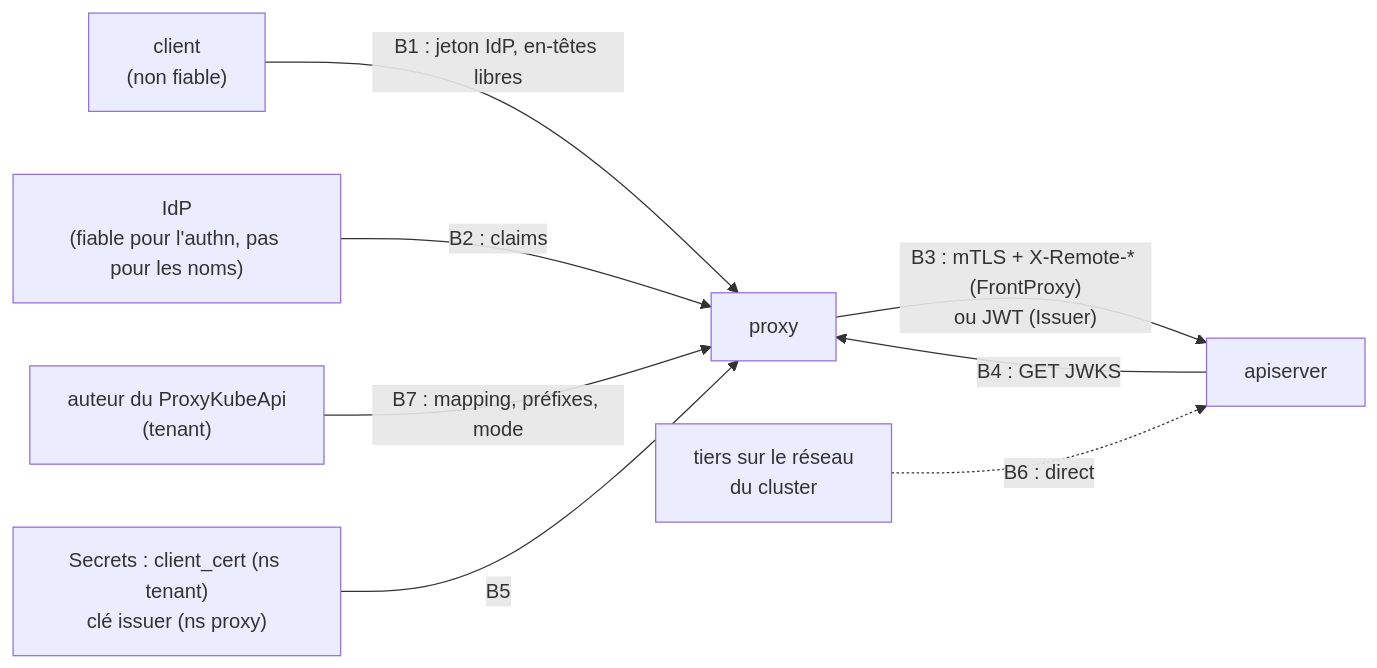
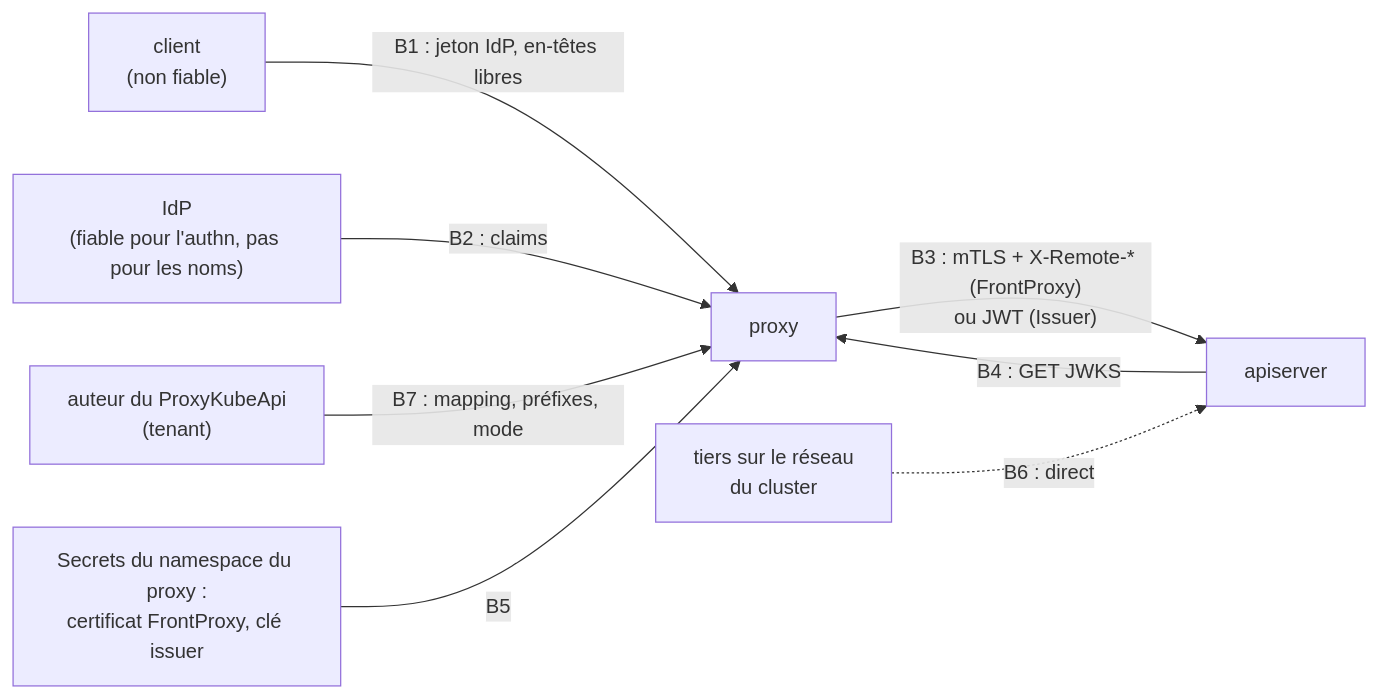
One commit to batleforc/ProxyAuthK8S changed the fifth of 5 diagrams in .rfc/0014-trusted-authenticator.md. Above: the diagram before and after it, drawn with Mermaid. The commit also changed other lines of this file and 1 other file, not shown here.

````diff
--- a/.rfc/0014-trusted-authenticator.md
+++ b/.rfc/0014-trusted-authenticator.md
@@ -794,10 +1150,10 @@
 ```mermaid
 flowchart LR
     C["client<br/>(non fiable)"] -- "B1 : jeton IdP, en-têtes libres" --> P["proxy"]
     I["IdP<br/>(fiable pour l'authn, pas pour les noms)"] -- "B2 : claims" --> P
     E["auteur du ProxyKubeApi<br/>(tenant)"] -- "B7 : mapping, préfixes, mode" --> P
     P -- "B3 : mTLS + X-Remote-* (FrontProxy)<br/>ou JWT (Issuer)" --> A["apiserver"]
     A -- "B4 : GET JWKS" --> P
-    S["Secrets : client_cert (ns tenant)<br/>clé issuer (ns proxy)"] -- "B5" --> P
+    S["Secrets du namespace du proxy :<br/>certificat FrontProxy, clé issuer"] -- "B5" --> P
     X["tiers sur le réseau<br/>du cluster"] -. "B6 : direct" .-> A
 ```
````
